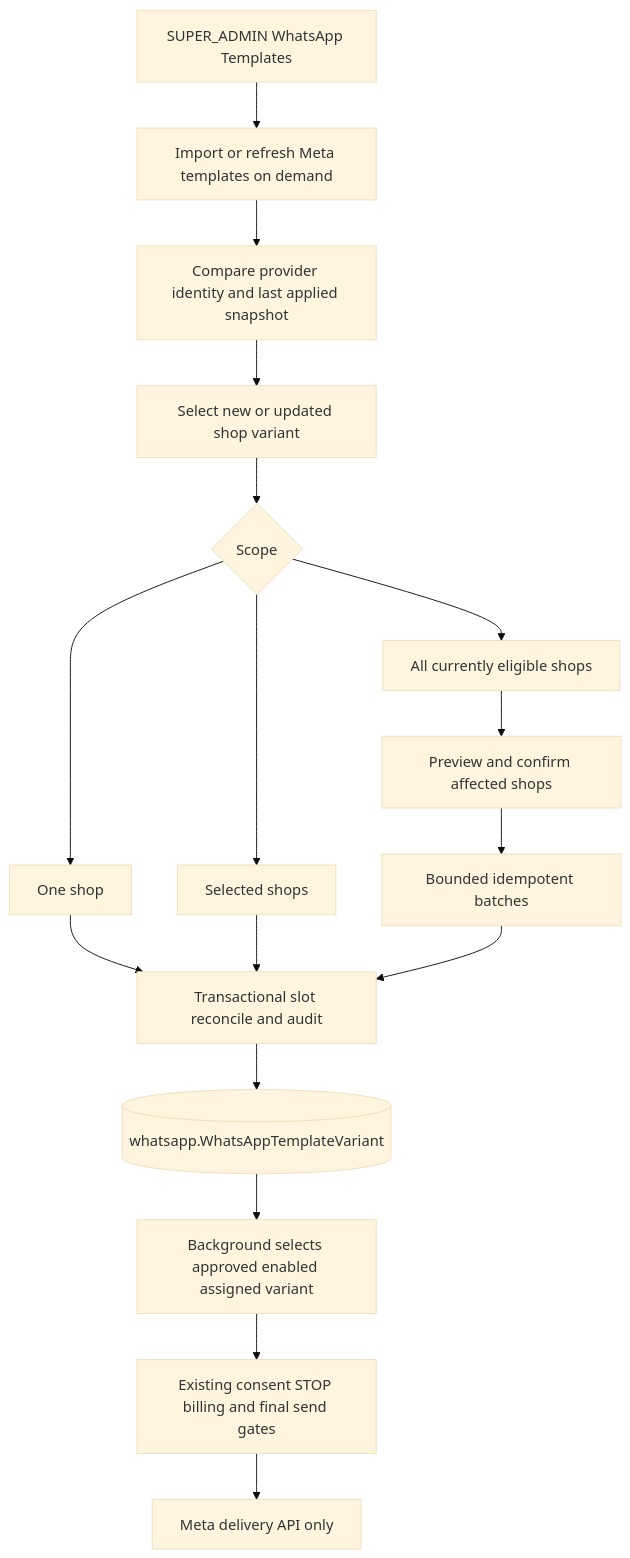
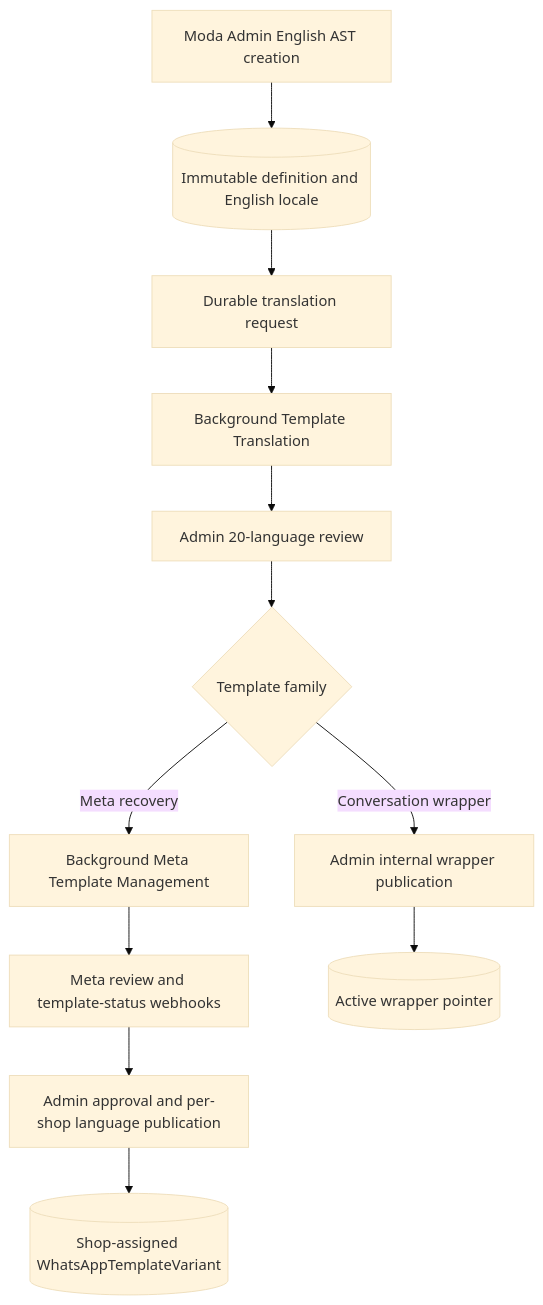
Before and after one commit to kodjobaah/moda-interact-workspace: the first of 2 diagrams in docs/architecture/ARCH-047-admin-managed-whatsapp-template-catalogue.md, drawn with Mermaid (base theme). The commit also changed other lines of this file and 1 other file, not shown here.

Commit message:
docs(ARCH-047): adopt module-first Background design

````diff
--- a/docs/architecture/ARCH-047-admin-managed-whatsapp-template-catalogue.md
+++ b/docs/architecture/ARCH-047-admin-managed-whatsapp-template-catalogue.md
@@ -106,19 +59,14 @@
 ```mermaid
 flowchart TD
- A[SUPER_ADMIN WhatsApp Templates] --> X[Import or refresh Meta templates on demand]
- X --> Y[Compare provider identity and last applied snapshot]
- Y --> B[Select new or updated shop variant]
- B --> C{Scope}
- C --> D[One shop]
- C --> E[Selected shops]
- C --> F[All currently eligible shops]
- D --> G[Transactional slot reconcile and audit]
- E --> G
- F --> H[Preview and confirm affected shops]
- H --> I[Bounded idempotent batches]
- I --> G
- G --> J[(whatsapp.WhatsAppTemplateVariant)]
- J --> K[Background selects approved enabled assigned variant]
- K --> L[Existing consent STOP billing and final send gates]
- L --> M[Meta delivery API only]
+  A[Moda Admin English AST creation] --> B[(Immutable definition and English locale)]
+  B --> C[Durable translation request]
+  C --> D[Background Template Translation]
+  D --> E[Admin 20-language review]
+  E --> F{Template family}
+  F -->|Meta recovery| G[Background Meta Template Management]
+  G --> H[Meta review and template-status webhooks]
+  H --> I[Admin approval and per-shop language publication]
+  F -->|Conversation wrapper| J[Admin internal wrapper publication]
+  I --> K[(Shop-assigned WhatsAppTemplateVariant)]
+  J --> L[(Active wrapper pointer)]
 ```
````
